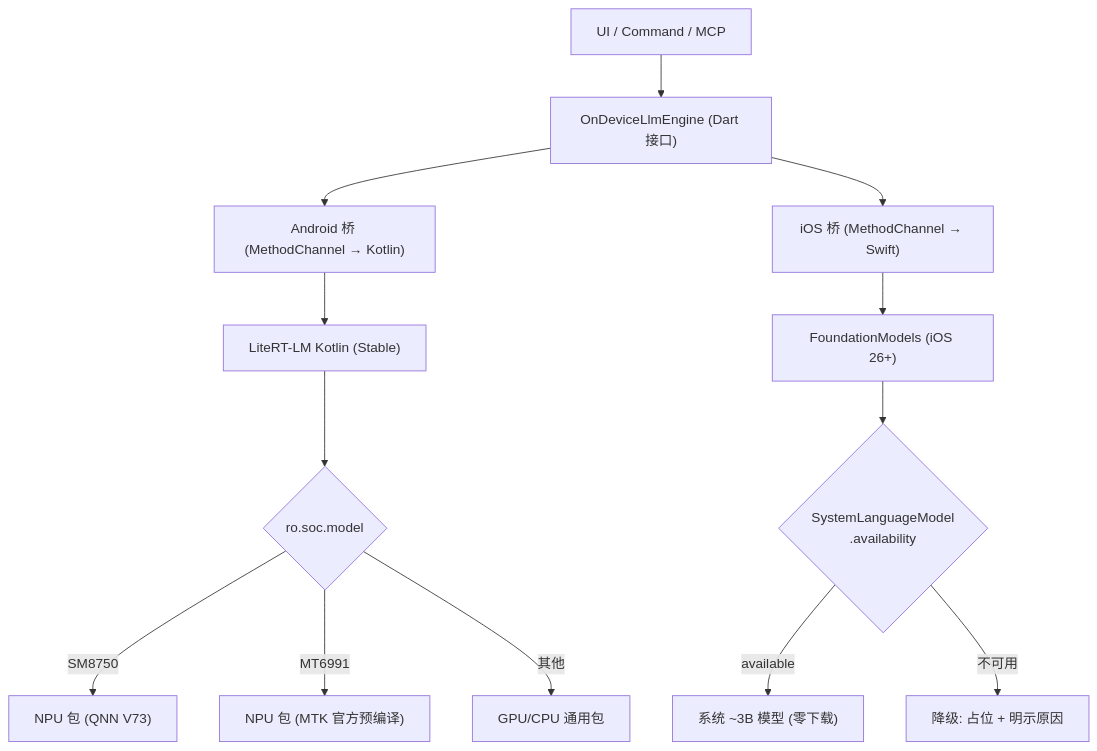
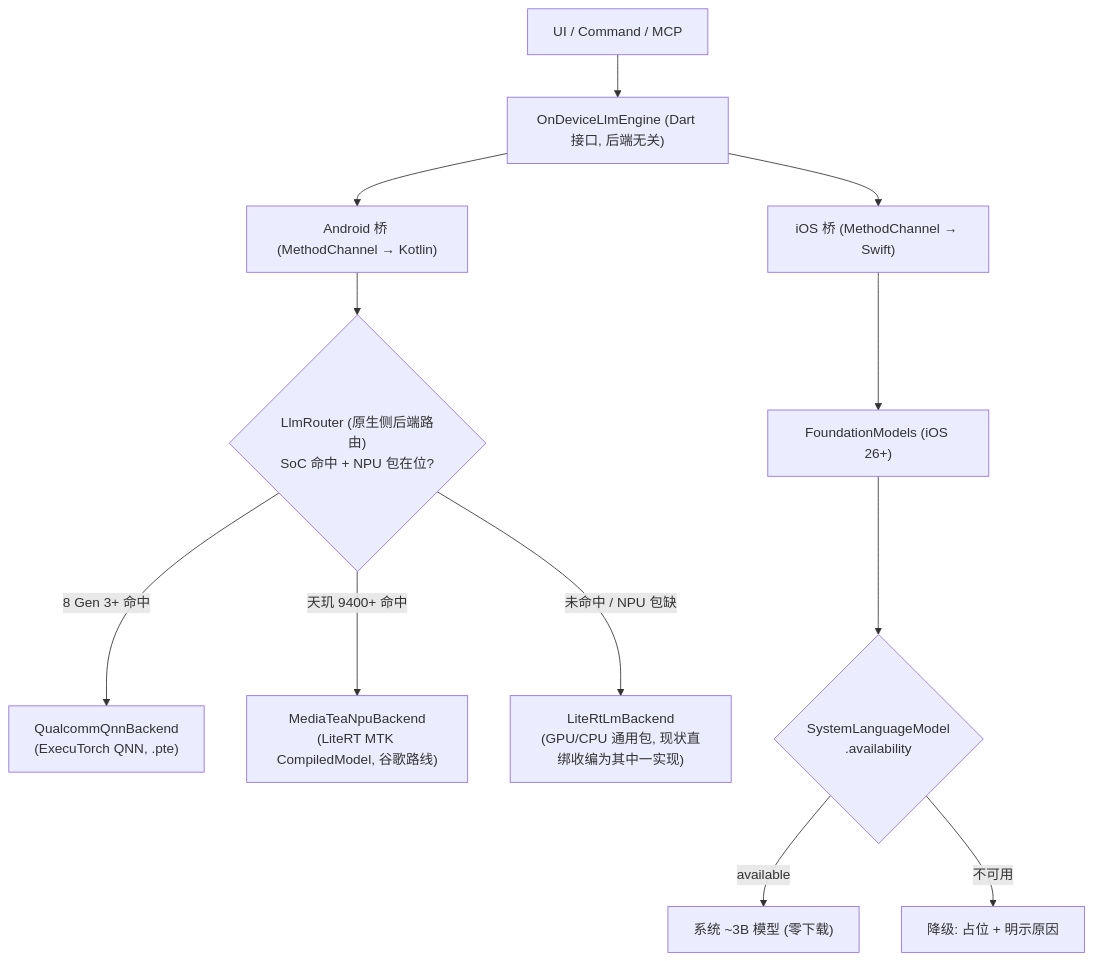
Before and after one commit to loveheng/goodshare: the diagram in docs/design/on-device-llm.md, drawn with Mermaid. The commit also changed other lines of this file and 59 other files, not shown here.

````diff
--- a/docs/design/on-device-llm.md
+++ b/docs/design/on-device-llm.md
@@ -26,15 +26,14 @@
 ```mermaid
 flowchart TD
-    A["UI / Command / MCP"] --> B["OnDeviceLlmEngine (Dart 接口)"]
+    A["UI / Command / MCP"] --> B["OnDeviceLlmEngine (Dart 接口, 后端无关)"]
     B --> C["Android 桥 (MethodChannel → Kotlin)"]
     B --> D["iOS 桥 (MethodChannel → Swift)"]
-    C --> E["LiteRT-LM Kotlin (Stable)"]
-    E --> F{"ro.soc.model"}
-    F -->|SM8750| G["NPU 包 (QNN V73)"]
-    F -->|MT6991| H["NPU 包 (MTK 官方预编译)"]
-    F -->|其他| I["GPU/CPU 通用包"]
+    C --> R{"LlmRouter (原生侧后端路由)<br/>SoC 命中 + NPU 包在位?"}
+    R -->|8 Gen 3+ 命中| Q["QualcommQnnBackend<br/>(ExecuTorch QNN, .pte)"]
+    R -->|天玑 9400+ 命中| M["MediaTeaNpuBackend<br/>(LiteRT MTK CompiledModel, 谷歌路线)"]
+    R -->|未命中 / NPU 包缺| L["LiteRtLmBackend<br/>(GPU/CPU 通用包, 现状直绑收编为其中一实现)"]
     D --> J["FoundationModels (iOS 26+)"]
     J --> K{"SystemLanguageModel<br/>.availability"}
-    K -->|available| L["系统 ~3B 模型 (零下载)"]
-    K -->|不可用| M["降级: 占位 + 明示原因"]
+    K -->|available| L2["系统 ~3B 模型 (零下载)"]
+    K -->|不可用| M2["降级: 占位 + 明示原因"]
 ```
````
